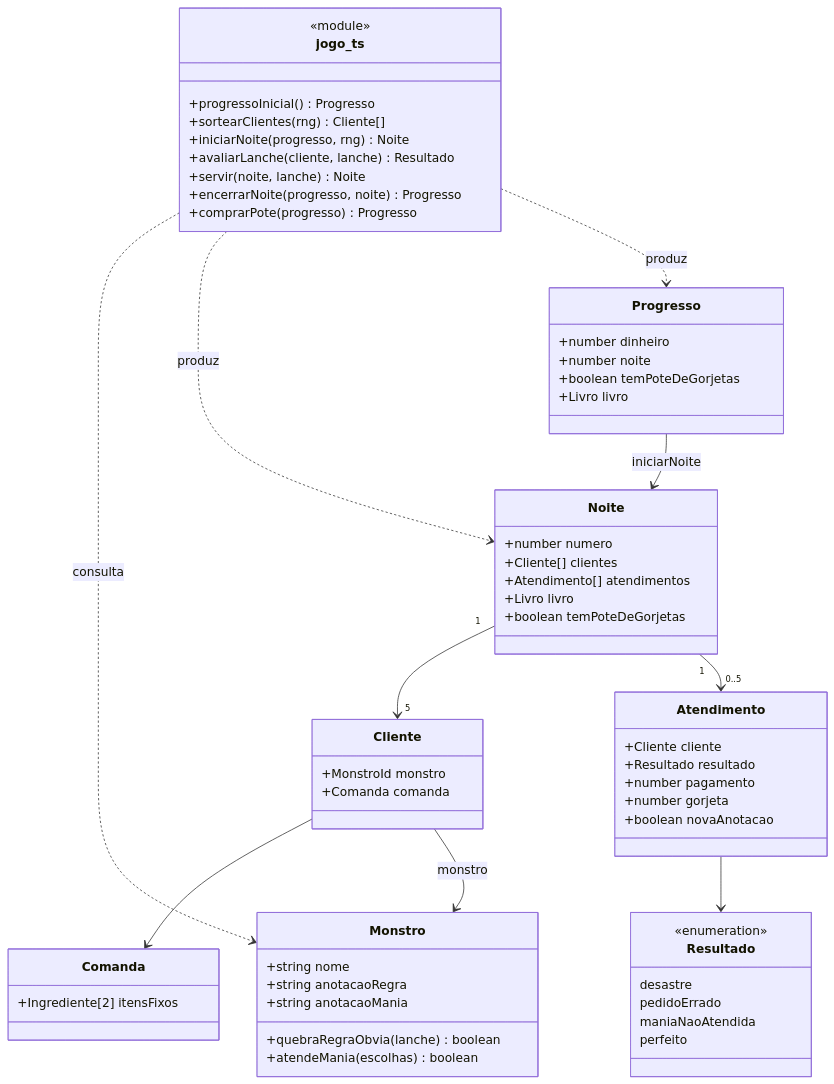
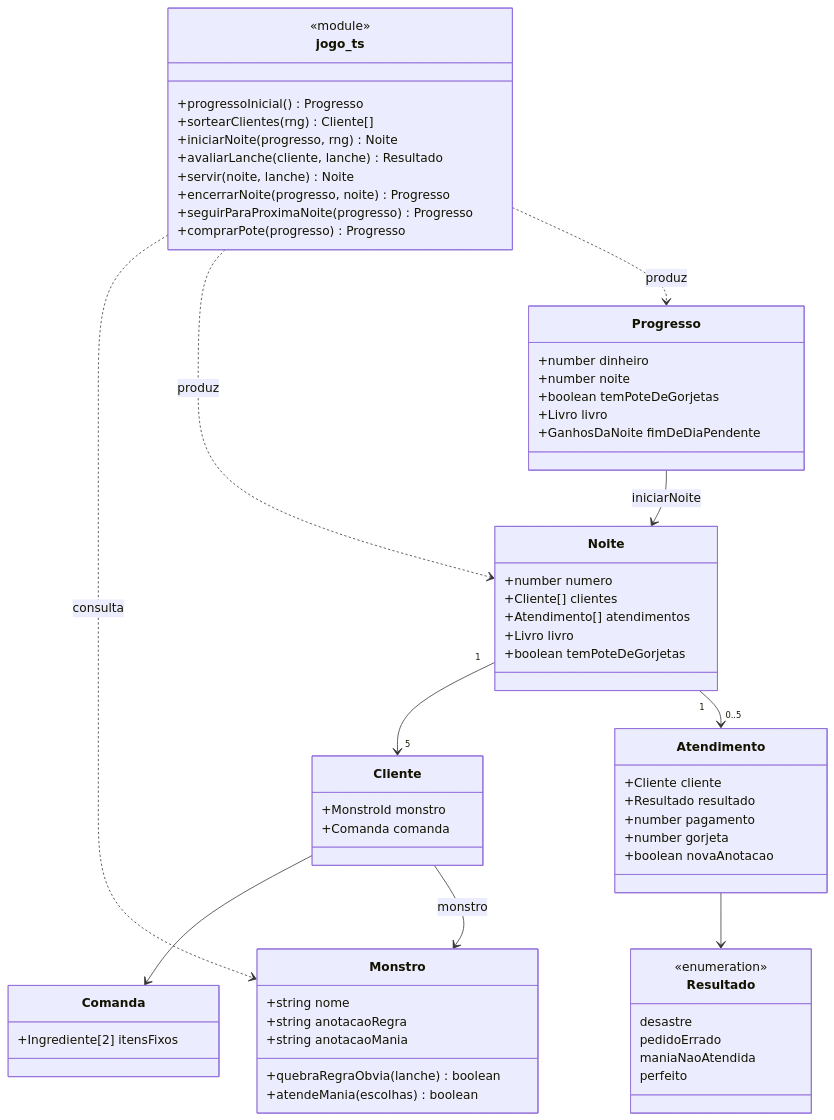
The diagram in docs/c4/04-codigo.md (IsabellaAssiss/ac-calais), drawn with Mermaid before and after one commit. The commit also changed 11 other files, not shown here.

First line of the commit message:
fix: mantém a tela de fim de dia depois de recarregar a página

````diff
--- a/docs/c4/04-codigo.md
+++ b/docs/c4/04-codigo.md
@@ -7,64 +7,66 @@
 ```mermaid
 classDiagram
   class Progresso {
     +number dinheiro
     +number noite
     +boolean temPoteDeGorjetas
     +Livro livro
+    +GanhosDaNoite fimDeDiaPendente
   }
   class Noite {
     +number numero
     +Cliente[] clientes
     +Atendimento[] atendimentos
     +Livro livro
     +boolean temPoteDeGorjetas
   }
   class Cliente {
     +MonstroId monstro
     +Comanda comanda
   }
   class Comanda {
     +Ingrediente[2] itensFixos
   }
   class Atendimento {
     +Cliente cliente
     +Resultado resultado
     +number pagamento
     +number gorjeta
     +boolean novaAnotacao
   }
   class Monstro {
     +string nome
     +quebraRegraObvia(lanche) boolean
     +atendeMania(escolhas) boolean
     +string anotacaoRegra
     +string anotacaoMania
   }
   class Resultado {
     <<enumeration>>
     desastre
     pedidoErrado
     maniaNaoAtendida
     perfeito
   }
   class jogo_ts {
     <<module>>
     +progressoInicial() Progresso
     +sortearClientes(rng) Cliente[]
     +iniciarNoite(progresso, rng) Noite
     +avaliarLanche(cliente, lanche) Resultado
     +servir(noite, lanche) Noite
     +encerrarNoite(progresso, noite) Progresso
+    +seguirParaProximaNoite(progresso) Progresso
     +comprarPote(progresso) Progresso
   }
 
   Progresso --> Noite : iniciarNoite
   Noite "1" --> "5" Cliente
   Noite "1" --> "0..5" Atendimento
   Cliente --> Comanda
   Cliente --> Monstro : monstro
   Atendimento --> Resultado
   jogo_ts ..> Monstro : consulta
   jogo_ts ..> Noite : produz
   jogo_ts ..> Progresso : produz
 ```
````
